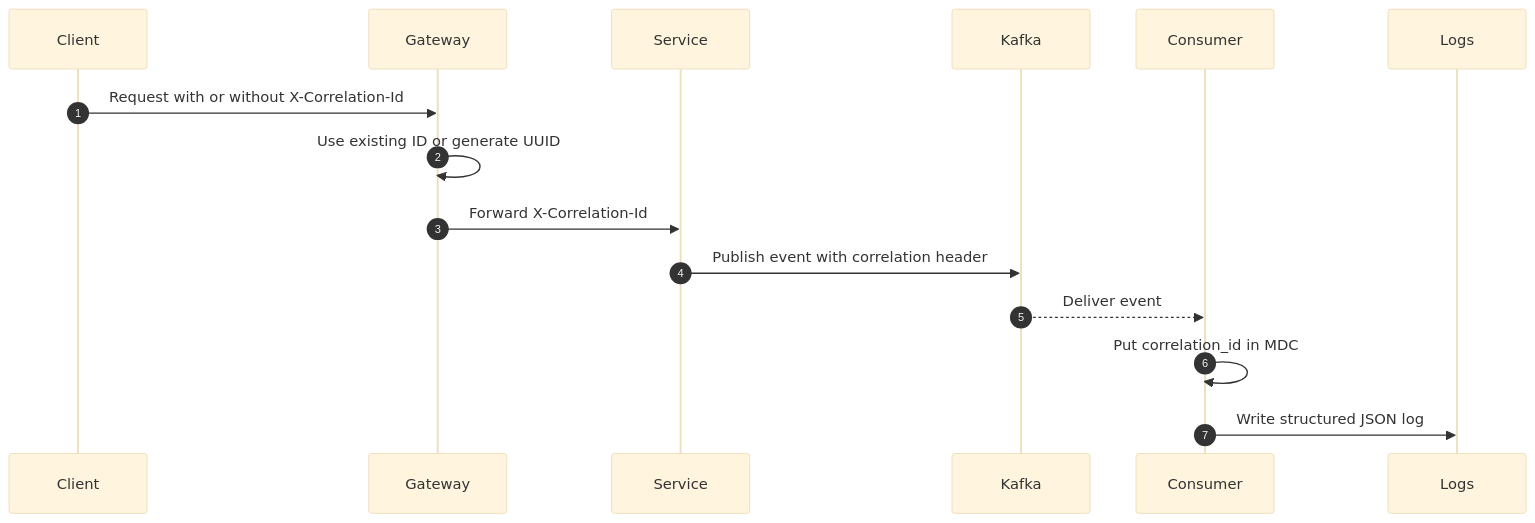
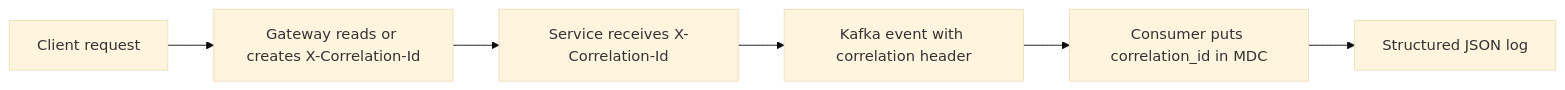
Diagram 14 of 14 in README.md (pramod4it/camp), drawn with Mermaid (base theme) before and after one commit. The commit also changed other lines of this file, not shown here.

Commit message:
Replace README sequence diagrams with GitHub-safe flowcharts

````diff
--- a/README.md
+++ b/README.md
@@ -822,18 +768,8 @@
 ```mermaid
-sequenceDiagram
-    autonumber
-    participant Client
-    participant Gateway
-    participant Service
-    participant Kafka
-    participant Consumer
-    participant Logs
-
-    Client->>Gateway: Request with or without X-Correlation-Id
-    Gateway->>Gateway: Use existing ID or generate UUID
-    Gateway->>Service: Forward X-Correlation-Id
-    Service->>Kafka: Publish event with correlation header
-    Kafka-->>Consumer: Deliver event
-    Consumer->>Consumer: Put correlation_id in MDC
-    Consumer->>Logs: Write structured JSON log
+flowchart LR
+    A["Client request"] --> B["Gateway reads or creates X-Correlation-Id"]
+    B --> C["Service receives X-Correlation-Id"]
+    C --> D["Kafka event with correlation header"]
+    D --> E["Consumer puts correlation_id in MDC"]
+    E --> F["Structured JSON log"]
 ```
````
